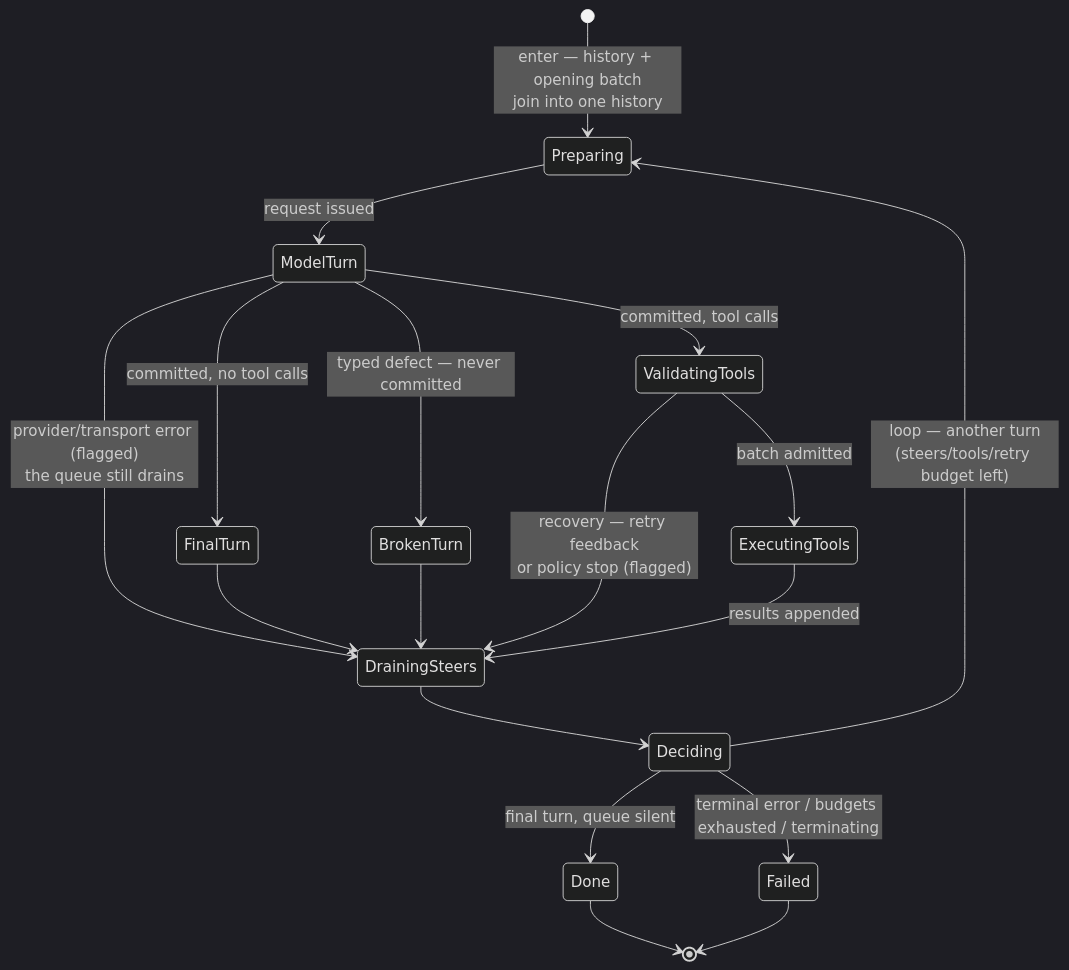
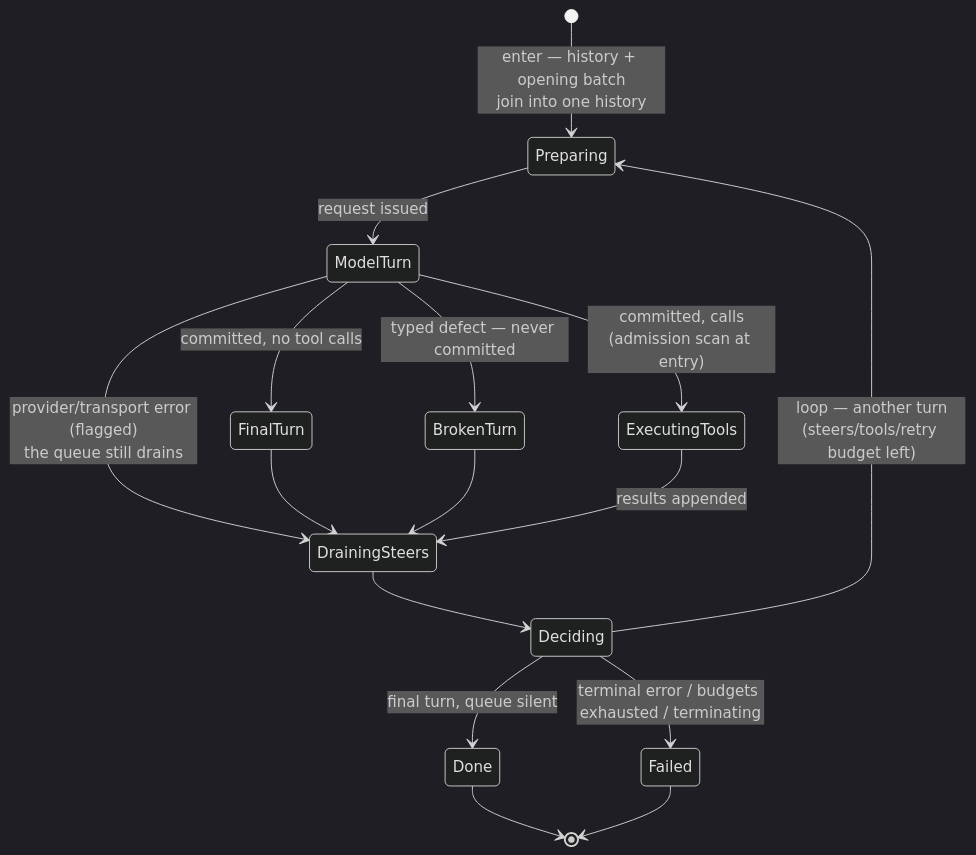
One commit to JerryAZR/tabit changed the second of 2 diagrams in ENGINE.md. Above: the diagram before and after it, drawn with Mermaid (dark theme). The commit also changed other lines of this file and 1 other file, not shown here.

First line of the commit message:
ENGINE.md: drop the InvalidToolCall hook; internal errors panic

````diff
--- a/ENGINE.md
+++ b/ENGINE.md
@@ -66,20 +68,18 @@
 ```mermaid
 stateDiagram-v2
     [*] --> Preparing : enter — history + opening batch<br/>join into one history
     Preparing --> ModelTurn : request issued
     ModelTurn --> FinalTurn : committed, no tool calls
     ModelTurn --> BrokenTurn : typed defect — never committed
-    ModelTurn --> ValidatingTools : committed, tool calls
+    ModelTurn --> ExecutingTools : committed, calls<br/>(admission scan at entry)
     ModelTurn --> DrainingSteers : provider/transport error (flagged)<br/>the queue still drains
     FinalTurn --> DrainingSteers
     BrokenTurn --> DrainingSteers
-    ValidatingTools --> ExecutingTools : batch admitted
-    ValidatingTools --> DrainingSteers : recovery — retry feedback<br/>or policy stop (flagged)
     ExecutingTools --> DrainingSteers : results appended
     DrainingSteers --> Deciding
     Deciding --> Preparing : loop — another turn<br/>(steers/tools/retry budget left)
     Deciding --> Done : final turn, queue silent
     Deciding --> Failed : terminal error / budgets exhausted / terminating
     Done --> [*]
     Failed --> [*]
 ```
````
